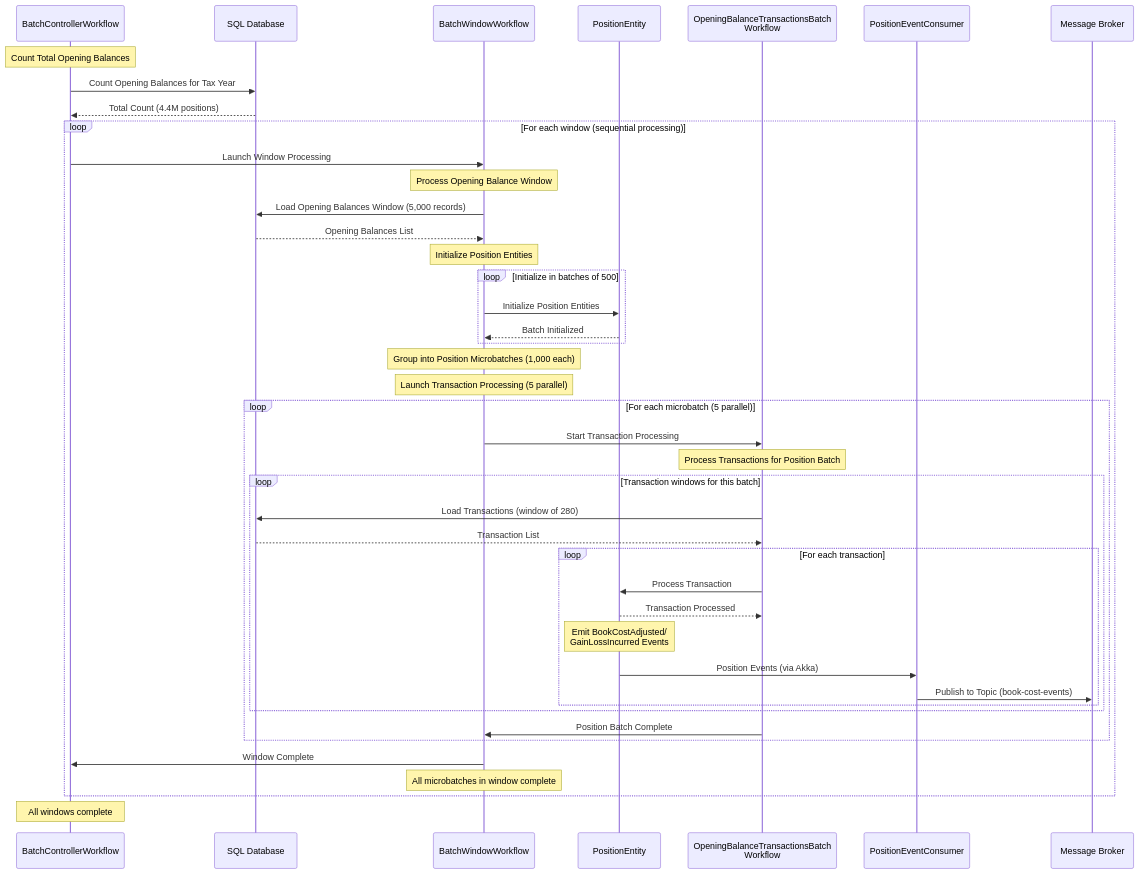
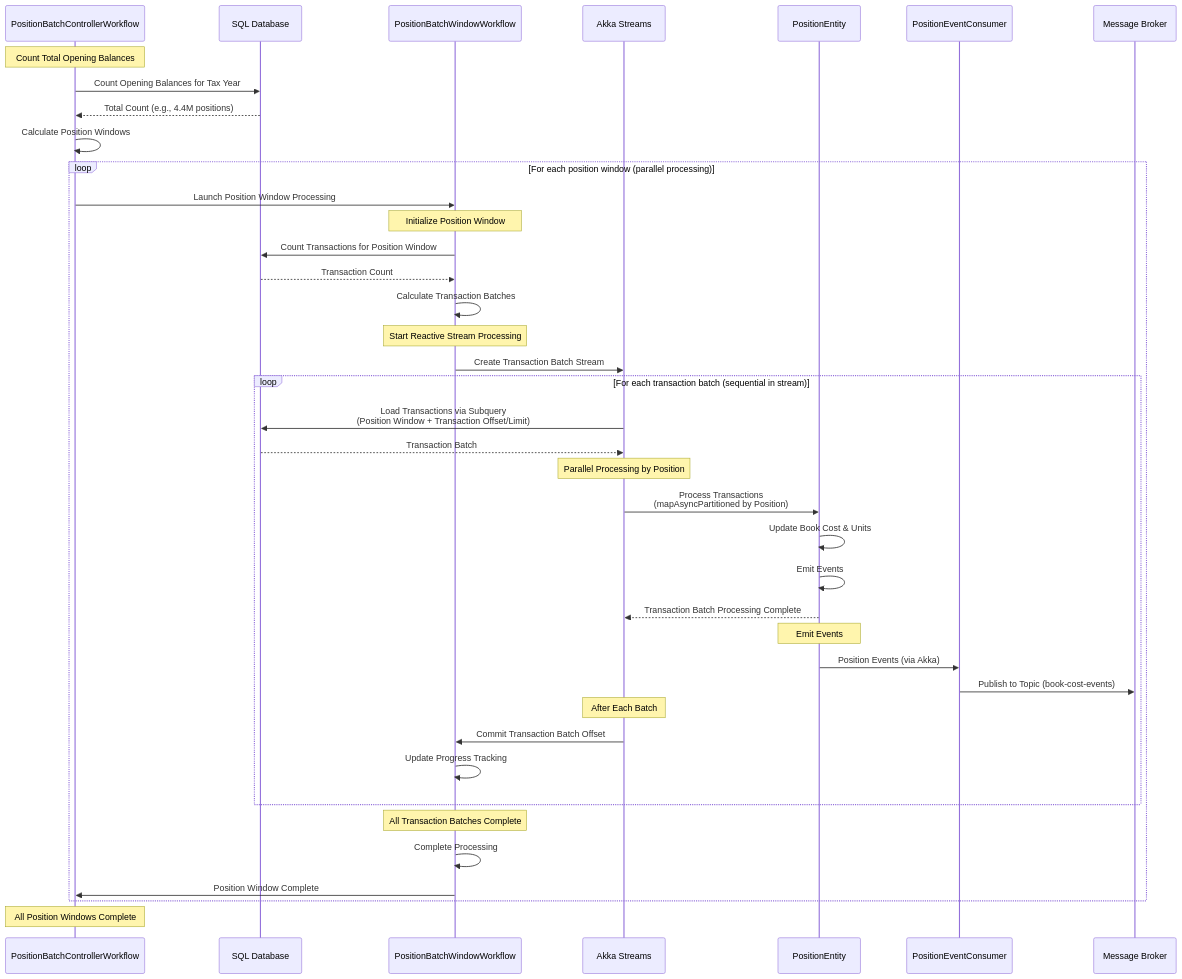
Before and after one commit to aklikic/tax-processing: the second of 2 diagrams in README.md, drawn with Mermaid. The commit also changed other lines of this file and 37 other files, not shown here.

````diff
--- a/README.md
+++ b/README.md
@@ -45,55 +42,52 @@
 ```mermaid
 sequenceDiagram
-    participant BCW as BatchControllerWorkflow
+    participant PBC as PositionBatchControllerWorkflow
     participant DB as SQL Database
-    participant BWW as BatchWindowWorkflow
+    participant PBW as PositionBatchWindowWorkflow
+    participant Stream as Akka Streams
     participant PE as PositionEntity
-    participant TBW as OpeningBalanceTransactionsBatch<br/>Workflow
     participant PC as PositionEventConsumer
     participant MB as Message Broker
 
-    Note over BCW: Count Total Opening Balances
-    BCW->>DB: Count Opening Balances for Tax Year
-    DB-->>BCW: Total Count (4.4M positions)
+    Note over PBC: Count Total Opening Balances
+    PBC->>DB: Count Opening Balances for Tax Year
+    DB-->>PBC: Total Count (e.g., 4.4M positions)
+    PBC->>PBC: Calculate Position Windows
 
-    loop For each window (sequential processing)
-        BCW->>BWW: Launch Window Processing
-        Note over BWW: Process Opening Balance Window
-        BWW->>DB: Load Opening Balances Window (5,000 records)
-        DB-->>BWW: Opening Balances List
+    loop For each position window (parallel processing)
+        PBC->>PBW: Launch Position Window Processing
+        Note over PBW: Initialize Position Window
 
-        Note over BWW: Initialize Position Entities
-        loop Initialize in batches of 500
-            BWW->>PE: Initialize Position Entities
-            PE-->>BWW: Batch Initialized
+        PBW->>DB: Count Transactions for Position Window
+        DB-->>PBW: Transaction Count
+        PBW->>PBW: Calculate Transaction Batches
+
+        Note over PBW: Start Reactive Stream Processing
+        PBW->>Stream: Create Transaction Batch Stream
+
+        loop For each transaction batch (sequential in stream)
+            Stream->>DB: Load Transactions via Subquery<br/>(Position Window + Transaction Offset/Limit)
+            DB-->>Stream: Transaction Batch
+
+            Note over Stream: Parallel Processing by Position
+            Stream->>PE: Process Transactions<br/>(mapAsyncPartitioned by Position)
+            PE->>PE: Update Book Cost & Units
+            PE->>PE: Emit Events
+            PE-->>Stream: Transaction Batch Processing Complete
+
+            Note over PE: Emit Events
+            PE->>PC: Position Events (via Akka)
+            PC->>MB: Publish to Topic (book-cost-events)
+
+            Note over Stream: After Each Batch
+            Stream->>PBW: Commit Transaction Batch Offset
+            PBW->>PBW: Update Progress Tracking
         end
 
-        Note over BWW: Group into Position Microbatches (1,000 each)
-        Note over BWW: Launch Transaction Processing (5 parallel)
-
-        loop For each microbatch (5 parallel)
-            BWW->>TBW: Start Transaction Processing
-            Note over TBW: Process Transactions for Position Batch
-
-            loop Transaction windows for this batch
-                TBW->>DB: Load Transactions (window of 280)
-                DB-->>TBW: Transaction List
-
-                loop For each transaction
-                    TBW->>PE: Process Transaction
-                    PE-->>TBW: Transaction Processed
-                    Note over PE: Emit BookCostAdjusted/<br/>GainLossIncurred Events
-                    PE->>PC: Position Events (via Akka)
-                    PC->>MB: Publish to Topic (book-cost-events)
-                end
-            end
-
-            TBW->>BWW: Position Batch Complete
-        end
-
-        BWW->>BCW: Window Complete
-        Note over BWW: All microbatches in window complete
+        Note over PBW: All Transaction Batches Complete
+        PBW->>PBW: Complete Processing
+        PBW->>PBC: Position Window Complete
     end
 
-    Note over BCW: All windows complete
+    Note over PBC: All Position Windows Complete
 ```
````
